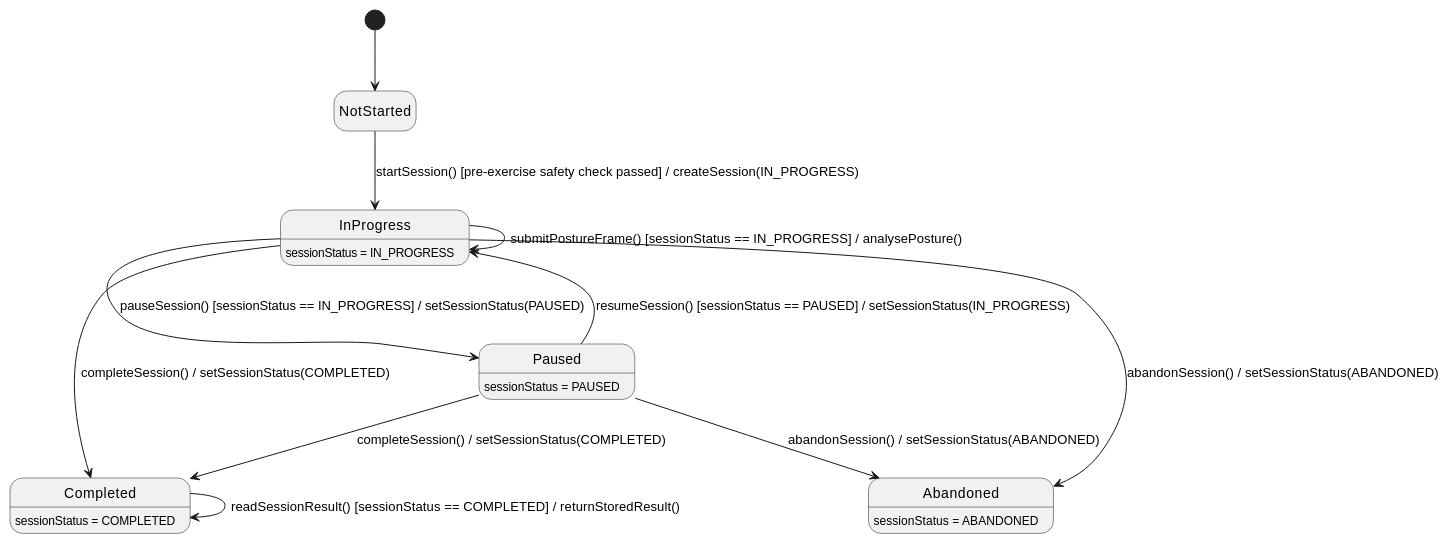
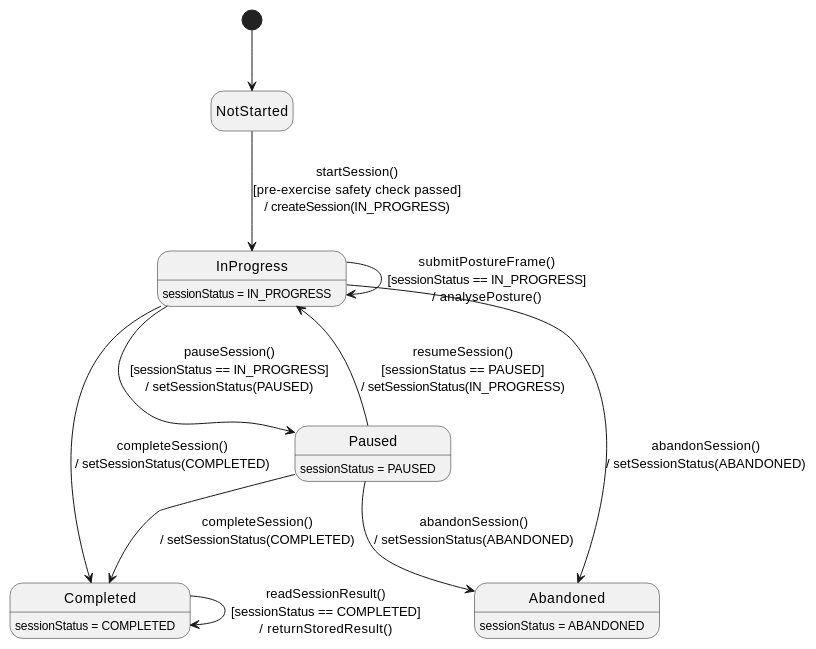
Before and after one commit to ChuongBDHE172784/CareBridge_SEP490_G79: the third of 3 diagrams in 03_Design/Detailed_Design/MF02_Mother_Care_Journey/03_Pregnancy_Exercise_Safety_and_Session.md, drawn with PlantUML. The commit also changed 61 other files, not shown here.

Commit message:
docs: update detailed design documentation and state chart diagrams across all feature modules

````diff
--- a/03_Design/Detailed_Design/MF02_Mother_Care_Journey/03_Pregnancy_Exercise_Safety_and_Session.md
+++ b/03_Design/Detailed_Design/MF02_Mother_Care_Journey/03_Pregnancy_Exercise_Safety_and_Session.md
@@ -315,21 +315,21 @@
 ```plantuml
 @startuml StateChartDiagram_03PregnancyExerciseSafetyandSession
 hide empty description
 [*] --> NotStarted
 
-NotStarted --> InProgress : startSession() [pre-exercise safety check passed] / createSession(IN_PROGRESS)
-InProgress --> Paused : pauseSession() [sessionStatus == IN_PROGRESS] / setSessionStatus(PAUSED)
-Paused --> InProgress : resumeSession() [sessionStatus == PAUSED] / setSessionStatus(IN_PROGRESS)
-InProgress --> Completed : completeSession() / setSessionStatus(COMPLETED)
-Paused --> Completed : completeSession() / setSessionStatus(COMPLETED)
-InProgress --> Abandoned : abandonSession() / setSessionStatus(ABANDONED)
-Paused --> Abandoned : abandonSession() / setSessionStatus(ABANDONED)
-InProgress --> InProgress : submitPostureFrame() [sessionStatus == IN_PROGRESS] / analysePosture()
-Completed --> Completed : readSessionResult() [sessionStatus == COMPLETED] / returnStoredResult()
+NotStarted --> InProgress : startSession()\n[pre-exercise safety check passed]\n/ createSession(IN_PROGRESS)
+InProgress --> Paused : pauseSession()\n[sessionStatus == IN_PROGRESS]\n/ setSessionStatus(PAUSED)
+Paused --> InProgress : resumeSession()\n[sessionStatus == PAUSED]\n/ setSessionStatus(IN_PROGRESS)
+InProgress --> Completed : completeSession()\n/ setSessionStatus(COMPLETED)
+Paused --> Completed : completeSession()\n/ setSessionStatus(COMPLETED)
+InProgress --> Abandoned : abandonSession()\n/ setSessionStatus(ABANDONED)
+Paused --> Abandoned : abandonSession()\n/ setSessionStatus(ABANDONED)
+InProgress --> InProgress : submitPostureFrame()\n[sessionStatus == IN_PROGRESS]\n/ analysePosture()
+Completed --> Completed : readSessionResult()\n[sessionStatus == COMPLETED]\n/ returnStoredResult()
 
 InProgress : sessionStatus = IN_PROGRESS
 Paused : sessionStatus = PAUSED
 Completed : sessionStatus = COMPLETED
 Abandoned : sessionStatus = ABANDONED
 @enduml
 ```
````
